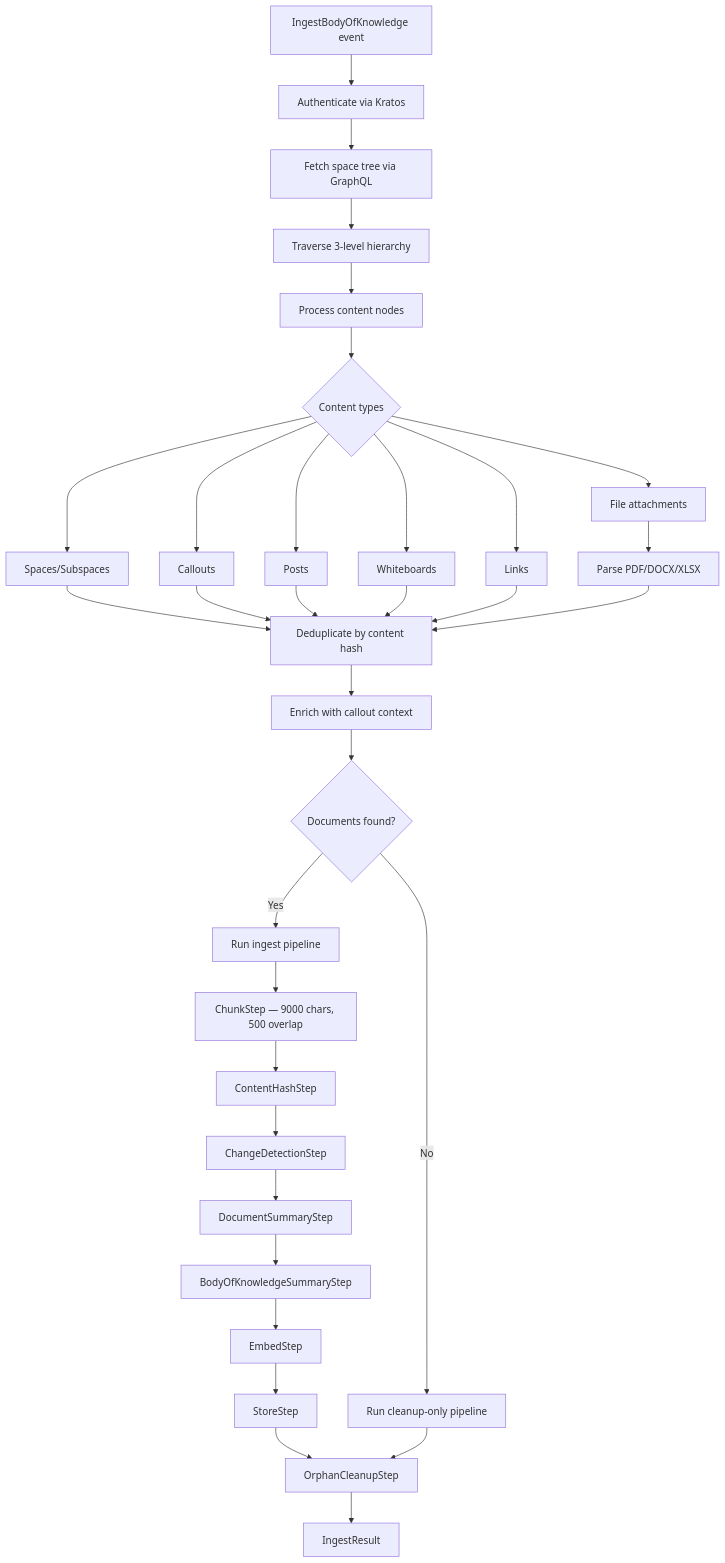
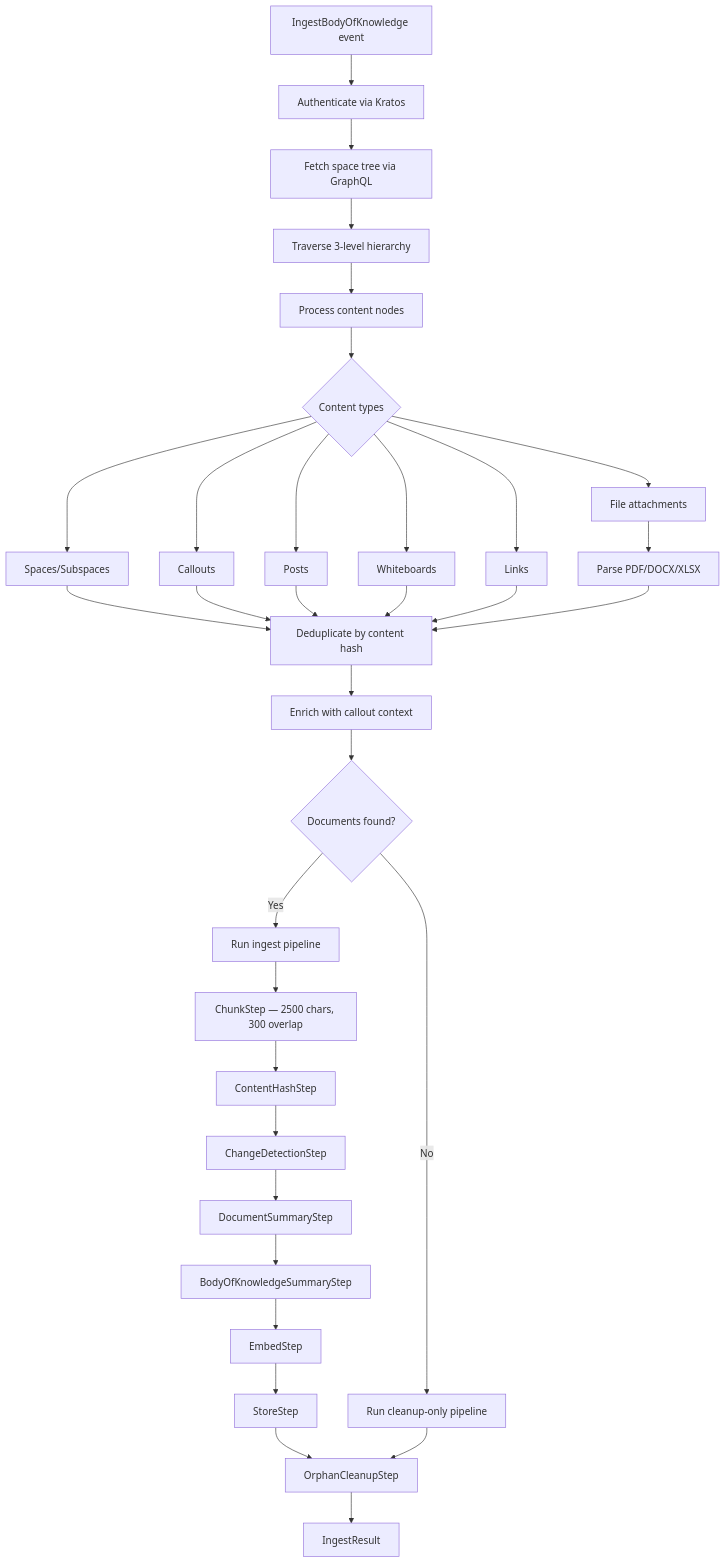
The diagram in plugins/ingest_space/README.md (alkem-io/virtual-contributor), drawn with Mermaid before and after one commit. The commit also changed other lines of this file and 11 other files, not shown here.

````diff
--- a/plugins/ingest_space/README.md
+++ b/plugins/ingest_space/README.md
@@ -19,30 +19,30 @@
 ```mermaid
 flowchart TD
     A[IngestBodyOfKnowledge event] --> B[Authenticate via Kratos]
     B --> C[Fetch space tree via GraphQL]
     C --> D[Traverse 3-level hierarchy]
     D --> E[Process content nodes]
     E --> F{Content types}
     F --> G[Spaces/Subspaces]
     F --> H[Callouts]
     F --> I[Posts]
     F --> J[Whiteboards]
     F --> K[Links]
     F --> L[File attachments]
     L --> M[Parse PDF/DOCX/XLSX]
     G & H & I & J & K & M --> N[Deduplicate by content hash]
     N --> O[Enrich with callout context]
     O --> P{Documents found?}
     P -->|Yes| Q[Run ingest pipeline]
     P -->|No| R[Run cleanup-only pipeline]
-    Q --> S[ChunkStep — 9000 chars, 500 overlap]
+    Q --> S[ChunkStep — 2500 chars, 300 overlap]
     S --> T[ContentHashStep]
     T --> U[ChangeDetectionStep]
     U --> V[DocumentSummaryStep]
     V --> W[BodyOfKnowledgeSummaryStep]
     W --> X[EmbedStep]
     X --> Y[StoreStep]
     Y --> Z[OrphanCleanupStep]
     Z --> AA[IngestResult]
     R --> Z
 ```
````
